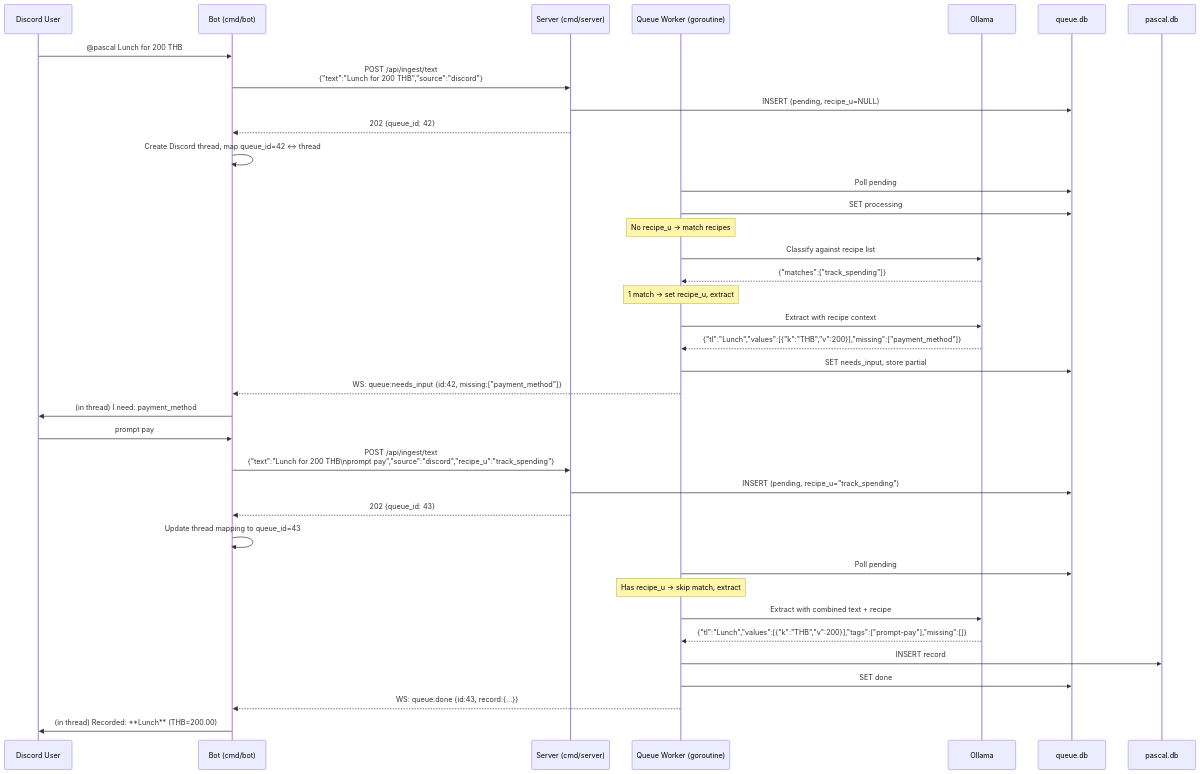
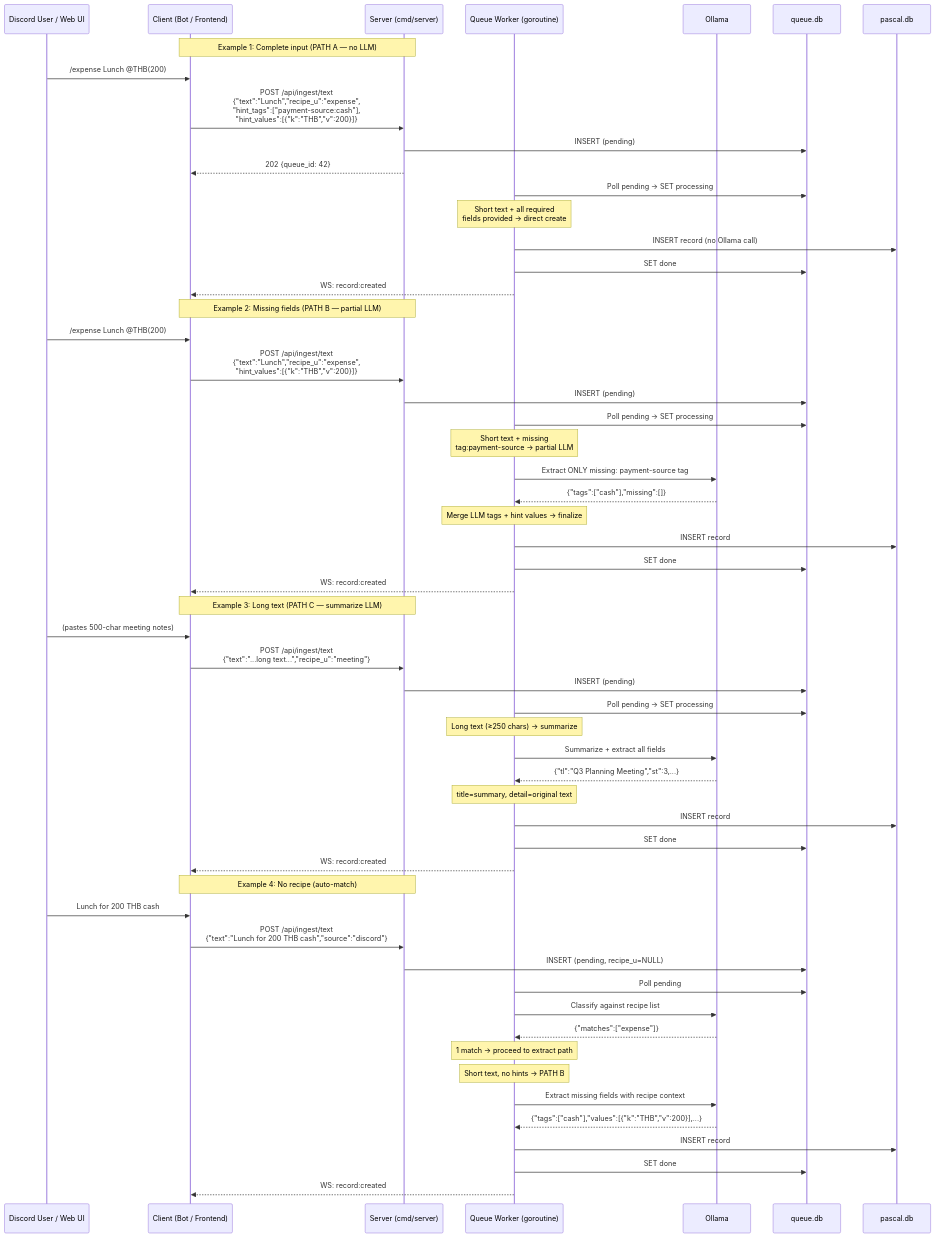
The third of 3 diagrams in ingestion.md (peatiscoding/pascal), drawn with Mermaid before and after one commit. The commit also changed other lines of this file and 5 other files, not shown here.

````diff
--- a/ingestion.md
+++ b/ingestion.md
@@ -470,45 +568,62 @@
 ```mermaid
 sequenceDiagram
-    participant U as Discord User
-    participant B as Bot (cmd/bot)
+    participant U as Discord User / Web UI
+    participant C as Client (Bot / Frontend)
     participant S as Server (cmd/server)
     participant W as Queue Worker (goroutine)
     participant O as Ollama
     participant Q as queue.db
     participant DB as pascal.db
 
-    U->>B: @pascal Lunch for 200 THB
-    B->>S: POST /api/ingest/text<br/>{"text":"Lunch for 200 THB","source":"discord"}
-    S->>Q: INSERT (pending, recipe_u=NULL)
-    S-->>B: 202 {queue_id: 42}
-    B->>B: Create Discord thread, map queue_id=42 ↔ thread
+    Note over C,S: Example 1: Complete input (PATH A — no LLM)
+    U->>C: /expense Lunch @THB(200) #payment-source:cash
+    C->>S: POST /api/ingest/text<br/>{"text":"Lunch","recipe_u":"expense",<br/>"hint_tags":["payment-source:cash"],<br/>"hint_values":[{"k":"THB","v":200}]}
+    S->>Q: INSERT (pending)
+    S-->>C: 202 {queue_id: 42}
+    W->>Q: Poll pending → SET processing
+    Note over W: Short text + all required<br/>fields provided → direct create
+    W->>DB: INSERT record (no Ollama call)
+    W->>Q: SET done
+    W-->>C: WS: record:created
 
-    W->>Q: Poll pending
-    W->>Q: SET processing
-    Note over W: No recipe_u → match recipes
-    W->>O: Classify against recipe list
-    O-->>W: {"matches":["track_spending"]}
-    Note over W: 1 match → set recipe_u, extract
-    W->>O: Extract with recipe context
-    O-->>W: {"tl":"Lunch","values":[{"k":"THB","v":200}],"missing":["payment_method"]}
-
-    W->>Q: SET needs_input, store partial
-    W-->>B: WS: queue:needs_input {id:42, missing:["payment_method"]}
-    B->>U: (in thread) I need: payment_method
-
-    U->>B: prompt pay
-    B->>S: POST /api/ingest/text<br/>{"text":"Lunch for 200 THB\nprompt pay","source":"discord","recipe_u":"track_spending"}
-    S->>Q: INSERT (pending, recipe_u="track_spending")
-    S-->>B: 202 {queue_id: 43}
-    B->>B: Update thread mapping to queue_id=43
-
-    W->>Q: Poll pending
-    Note over W: Has recipe_u → skip match, extract
-    W->>O: Extract with combined text + recipe
-    O-->>W: {"tl":"Lunch","values":[{"k":"THB","v":200}],"tags":["prompt-pay"],"missing":[]}
+    Note over C,S: Example 2: Missing fields (PATH B — partial LLM)
+    U->>C: /expense Lunch @THB(200)
+    C->>S: POST /api/ingest/text<br/>{"text":"Lunch","recipe_u":"expense",<br/>"hint_values":[{"k":"THB","v":200}]}
+    S->>Q: INSERT (pending)
+    W->>Q: Poll pending → SET processing
+    Note over W: Short text + missing<br/>tag:payment-source → partial LLM
+    W->>O: Extract ONLY missing: payment-source tag
+    O-->>W: {"tags":["cash"],"missing":[]}
+    Note over W: Merge LLM tags + hint values → finalize
     W->>DB: INSERT record
     W->>Q: SET done
+    W-->>C: WS: record:created
 
-    W-->>B: WS: queue:done {id:43, record:{...}}
-    B->>U: (in thread) Recorded: **Lunch** (THB=200.00)
+    Note over C,S: Example 3: Long text (PATH C — summarize LLM)
+    U->>C: (pastes 500-char meeting notes)
+    C->>S: POST /api/ingest/text<br/>{"text":"...long text...","recipe_u":"meeting"}
+    S->>Q: INSERT (pending)
+    W->>Q: Poll pending → SET processing
+    Note over W: Long text (≥250 chars) → summarize
+    W->>O: Summarize + extract all fields
+    O-->>W: {"tl":"Q3 Planning Meeting","st":3,...}
+    Note over W: title=summary, detail=original text
+    W->>DB: INSERT record
+    W->>Q: SET done
+    W-->>C: WS: record:created
+
+    Note over C,S: Example 4: No recipe (auto-match)
+    U->>C: Lunch for 200 THB cash
+    C->>S: POST /api/ingest/text<br/>{"text":"Lunch for 200 THB cash","source":"discord"}
+    S->>Q: INSERT (pending, recipe_u=NULL)
+    W->>Q: Poll pending
+    W->>O: Classify against recipe list
+    O-->>W: {"matches":["expense"]}
+    Note over W: 1 match → proceed to extract path
+    Note over W: Short text, no hints → PATH B
+    W->>O: Extract missing fields with recipe context
+    O-->>W: {"tags":["cash"],"values":[{"k":"THB","v":200}],...}
+    W->>DB: INSERT record
+    W->>Q: SET done
+    W-->>C: WS: record:created
 ```
````
